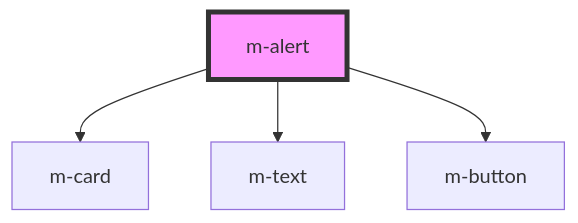
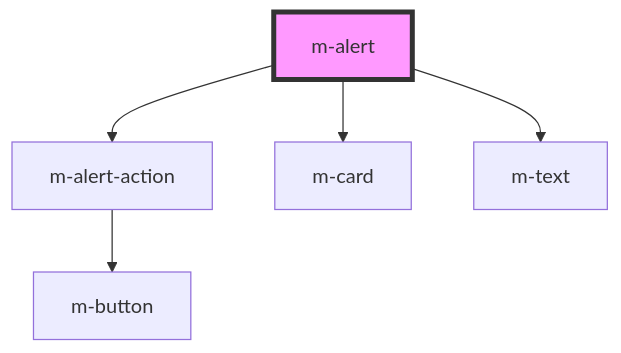
Before and after one commit to dynamic-framework/dynamic-ui: the diagram in design-system/src/components/m-alert/readme.md, drawn with Mermaid. The commit also changed other lines of this file and 21 other files, not shown here.

````diff
--- a/design-system/src/components/m-alert/readme.md
+++ b/design-system/src/components/m-alert/readme.md
@@ -41,7 +41,8 @@
 ```mermaid
 graph TD;
+  m-alert --> m-alert-action
   m-alert --> m-card
   m-alert --> m-text
-  m-alert --> m-button
+  m-alert-action --> m-button
   style m-alert fill:#f9f,stroke:#333,stroke-width:4px
 ```
````
